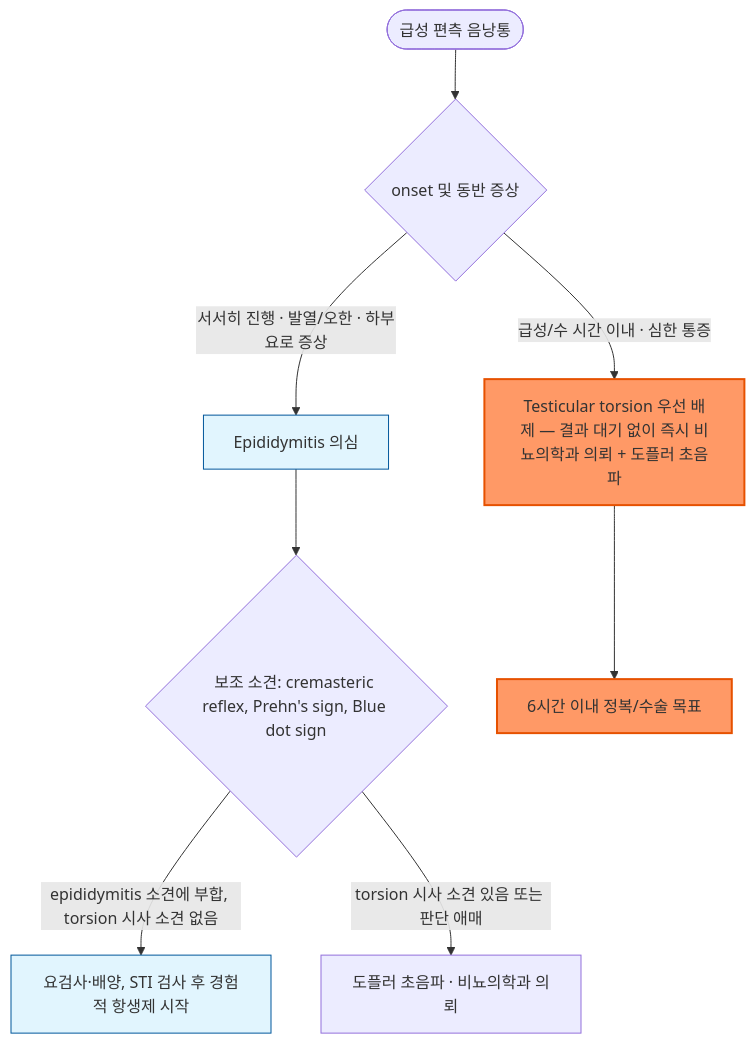
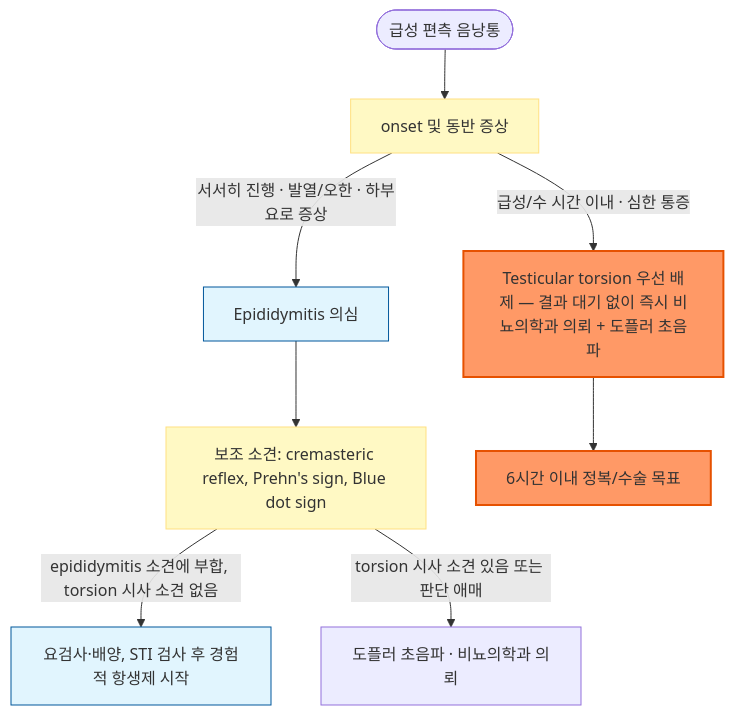
The diagram in 227_/121_-acute-epididymitis.md (familyoh77/familyoh77), drawn with Mermaid before and after one commit.

````diff
--- a/227_/121_-acute-epididymitis.md
+++ b/227_/121_-acute-epididymitis.md
@@ -98,14 +98,16 @@
 ```mermaid
 graph TD
-    Start([급성 편측 음낭통]) --> Onset{onset 및 동반 증상}
+    Start([급성 편측 음낭통]) --> Onset[onset 및 동반 증상]
     Onset -->|급성/수 시간 이내 · 심한 통증| Torsion[Testicular torsion 우선 배제 — 결과 대기 없이 즉시 비뇨의학과 의뢰 + 도플러 초음파]
     Onset -->|서서히 진행 · 발열/오한 · 하부요로 증상| Epi[Epididymitis 의심]
-    Epi --> Adjunct{보조 소견: cremasteric reflex, Prehn's sign, Blue dot sign}
+    Epi --> Adjunct[보조 소견: cremasteric reflex, Prehn's sign, Blue dot sign]
     Adjunct -->|epididymitis 소견에 부합, torsion 시사 소견 없음| Treat[요검사·배양, STI 검사 후 경험적 항생제 시작]
     Adjunct -->|torsion 시사 소견 있음 또는 판단 애매| Refer[도플러 초음파 · 비뇨의학과 의뢰]
     Torsion --> Surgery[6시간 이내 정복/수술 목표]
+    classDef yellow fill:#fff9c4,stroke:#ffe082
+    class Onset,Adjunct yellow
     style Torsion fill:#f96,stroke:#e65100,stroke-width:2px
     style Surgery fill:#f96,stroke:#e65100,stroke-width:2px
     style Epi fill:#e1f5fe,stroke:#01579b
     style Treat fill:#e1f5fe,stroke:#01579b
 ```
````
